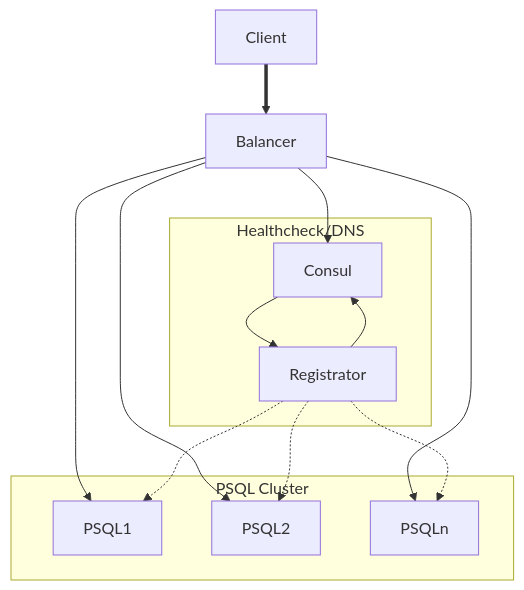
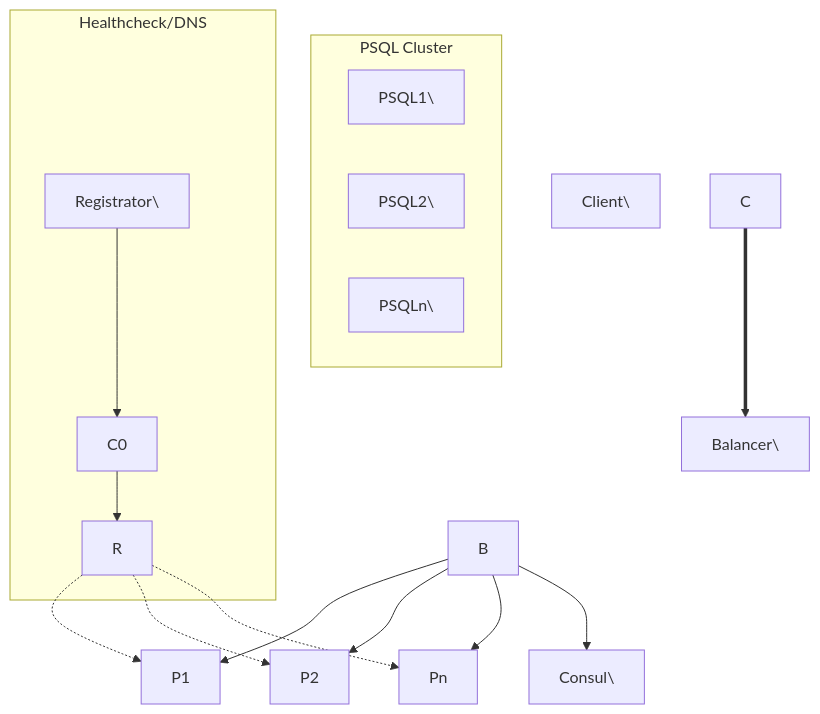
Before and after one commit to esendjer/The-test-item-for-The-Black-Silicon-Dioxide: the diagram in README.md, drawn with Mermaid. The commit also changed other lines of this file, not shown here.

````diff
--- a/README.md
+++ b/README.md
@@ -60,21 +61,21 @@
 ```mermaid
 graph TD
-C[Client]
-C ==> B[Balancer] 
+C\[Client\]
+C ==> B\[Balancer\] 
     subgraph PSQL Cluster
-    P1[PSQL1]
-    P2[PSQL2]
-    Pn[PSQLn]
+    P1\[PSQL1\]
+    P2\[PSQL2\]
+    Pn\[PSQLn\]
     end
 B --> P1
 B --> P2
 B --> Pn
-B --> C0[Consul]
+B --> C0\[Consul\]
     subgraph Healthcheck/DNS
-    R[Registrator] --> C0
+    R\[Registrator\] --> C0
     C0 --> R
     end
 R -.-> P1
 R -.-> P2
 R -.-> Pn
 ```
````
